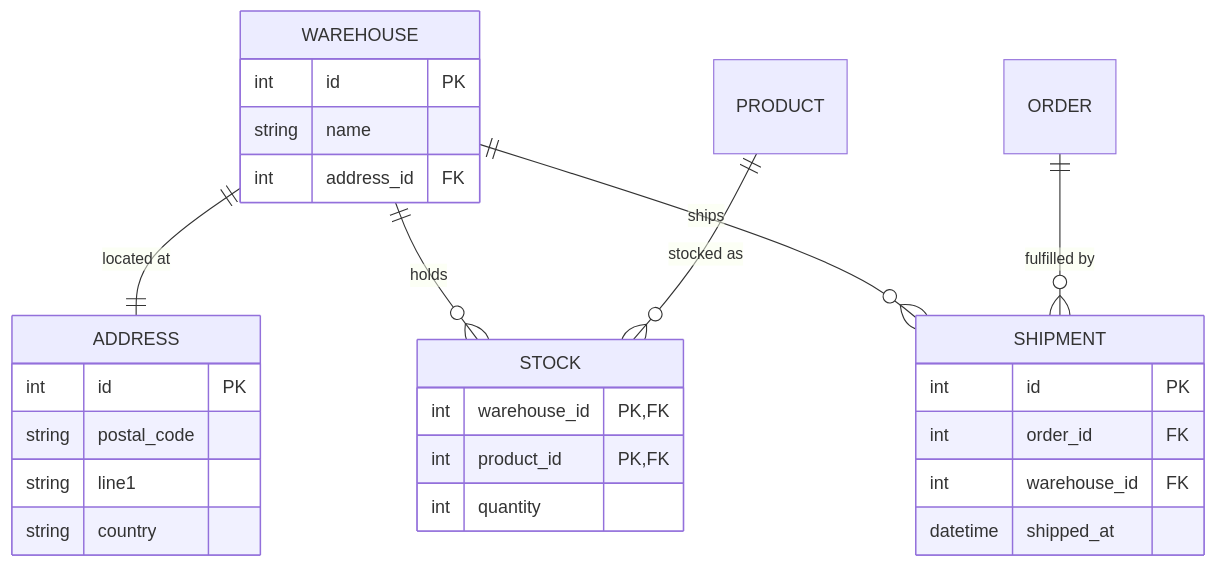
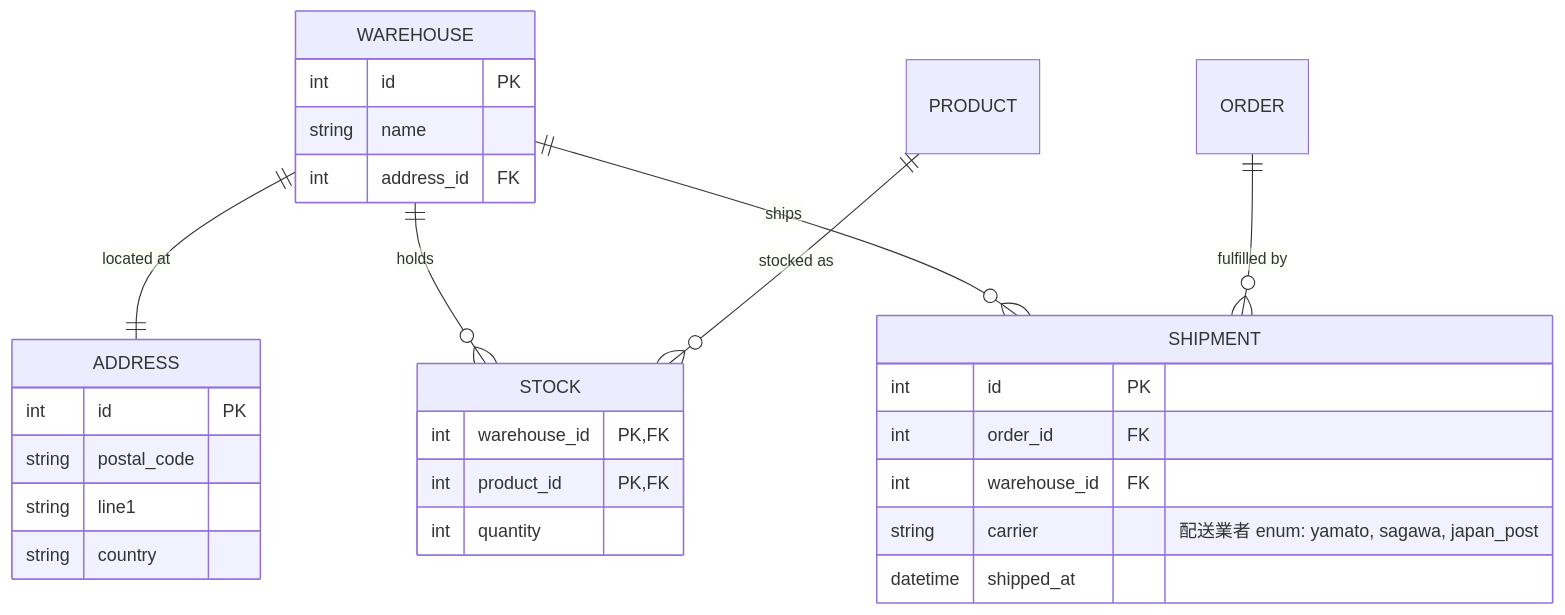
Before and after one commit to ikisuke/er-tools: the diagram in examples/diagrams/shipping.mmd, drawn with Mermaid. The commit also changed 3 other files, not shown here.

```diff
--- a/examples/diagrams/shipping.mmd
+++ b/examples/diagrams/shipping.mmd
@@ -1,30 +1,31 @@
 %% 配送グループ: 倉庫と出荷
 %% ADDRESS は customers でも定義されている（リンク先が一意に決まらない例）
 erDiagram
     WAREHOUSE {
         int id PK
         string name
         int address_id FK
     }
     ADDRESS {
         int id PK
         string postal_code
         string line1
         string country
     }
     STOCK {
         int warehouse_id PK, FK
         int product_id PK, FK
         int quantity
     }
     SHIPMENT {
         int id PK
         int order_id FK
         int warehouse_id FK
+        string carrier "配送業者 enum: yamato, sagawa, japan_post"
         datetime shipped_at
     }
     WAREHOUSE ||--|| ADDRESS : "located at"
     WAREHOUSE ||--o{ STOCK : "holds"
     WAREHOUSE ||--o{ SHIPMENT : "ships"
     ORDER ||--o{ SHIPMENT : "fulfilled by"
     PRODUCT ||--o{ STOCK : "stocked as"
```
